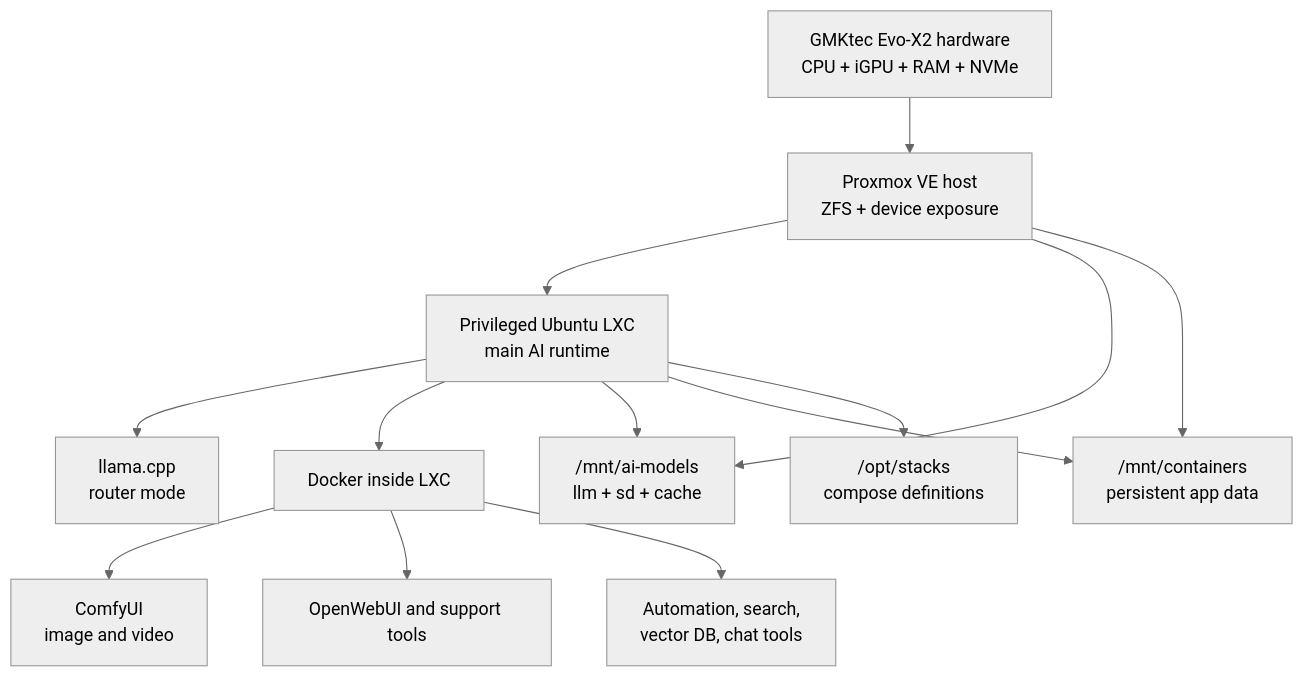
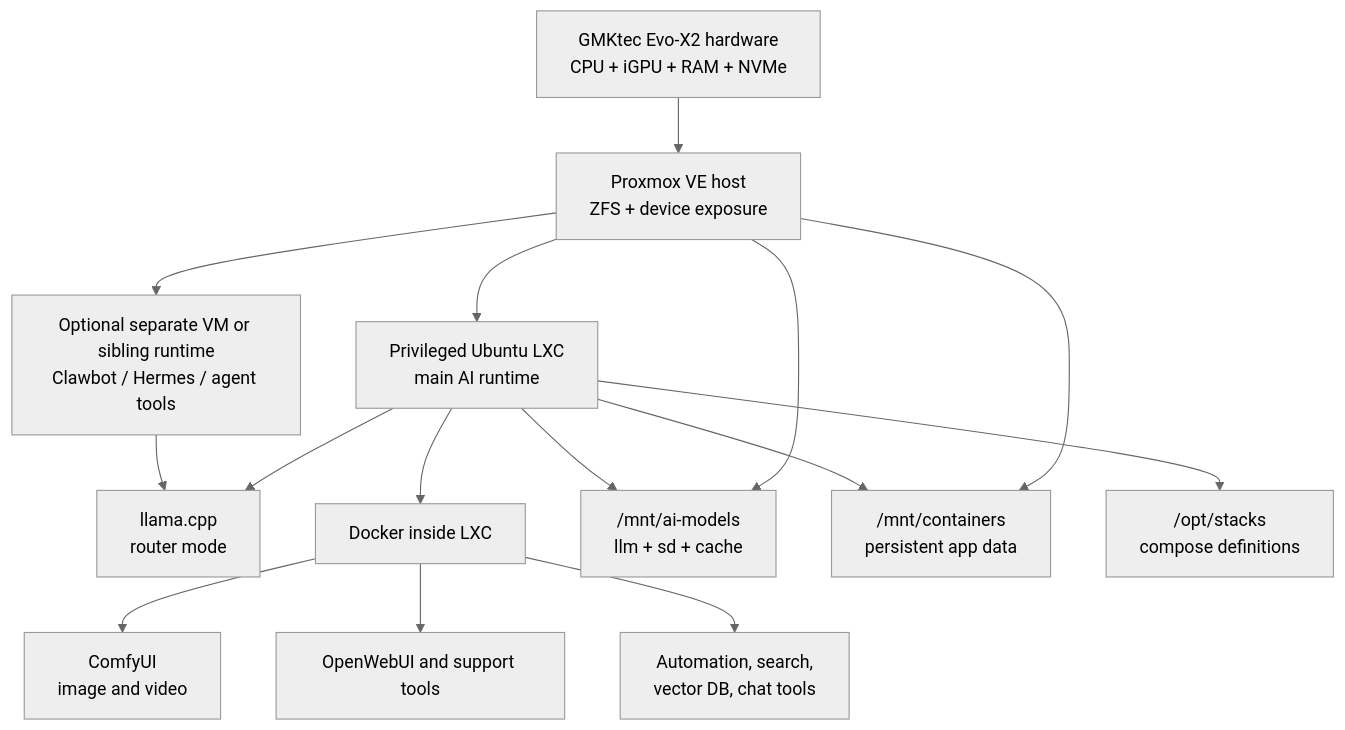
Before and after one commit to lesisty7/gmktec-evo-x2-local-ai-stack: the diagram in README.md, drawn with Mermaid (neutral theme). The commit also changed other lines of this file and 1 other file, not shown here.

Commit message:
Refine README architecture and FAQ guidance

````diff
--- a/README.md
+++ b/README.md
@@ -75,27 +76,30 @@
 ```mermaid
 flowchart TD
     A["GMKtec Evo-X2 hardware<br/>CPU + iGPU + RAM + NVMe"]
     B["Proxmox VE host<br/>ZFS + device exposure"]
     C["Privileged Ubuntu LXC<br/>main AI runtime"]
     D["llama.cpp<br/>router mode"]
     E["Docker inside LXC"]
     F["ComfyUI<br/>image and video"]
     G["OpenWebUI and support tools"]
     H["Automation, search,<br/>vector DB, chat tools"]
+    L["Optional separate VM or sibling runtime<br/>Clawbot / Hermes / agent tools"]
     I["/mnt/ai-models<br/>llm + sd + cache"]
     J["/mnt/containers<br/>persistent app data"]
     K["/opt/stacks<br/>compose definitions"]
 
     A --> B
     B --> C
     B --> I
     B --> J
     C --> D
     C --> E
     C --> I
     C --> J
     C --> K
     E --> F
     E --> G
     E --> H
+    B --> L
+    L --> D
 ```
````
